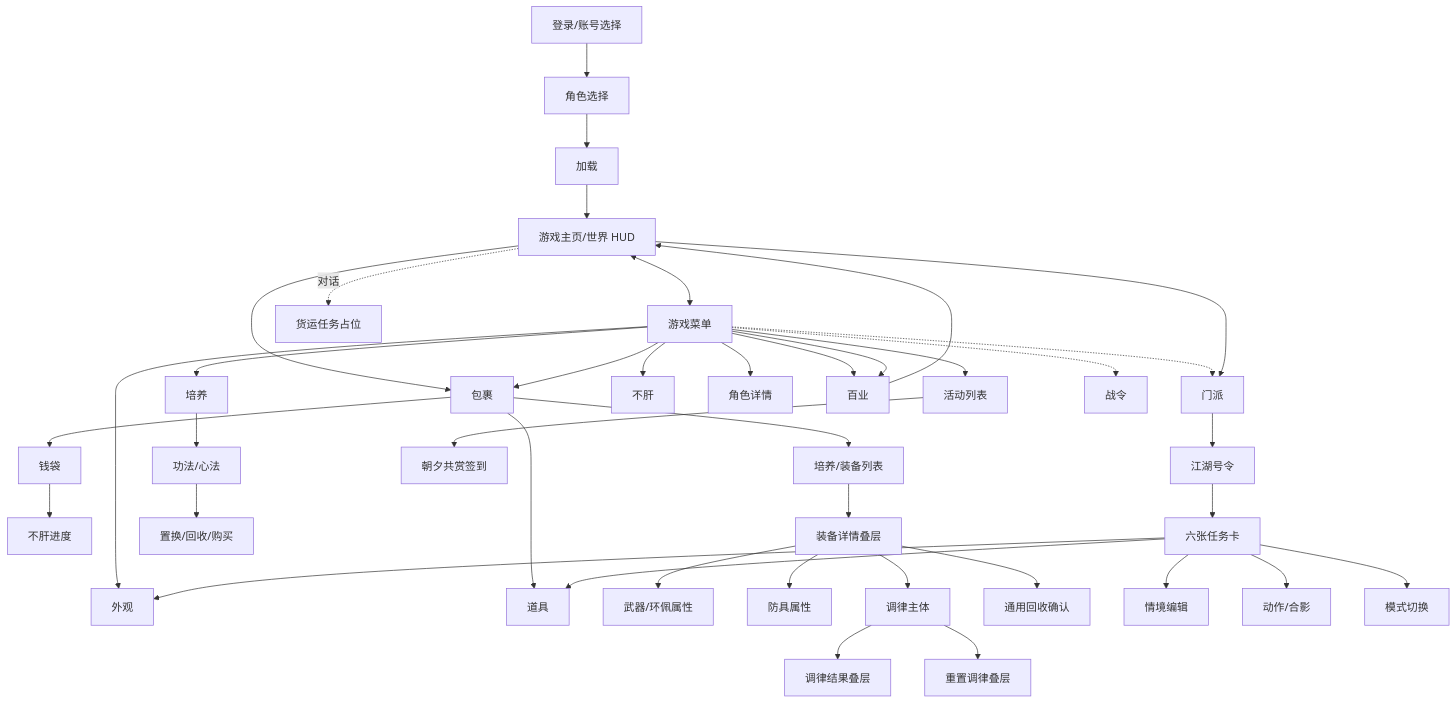
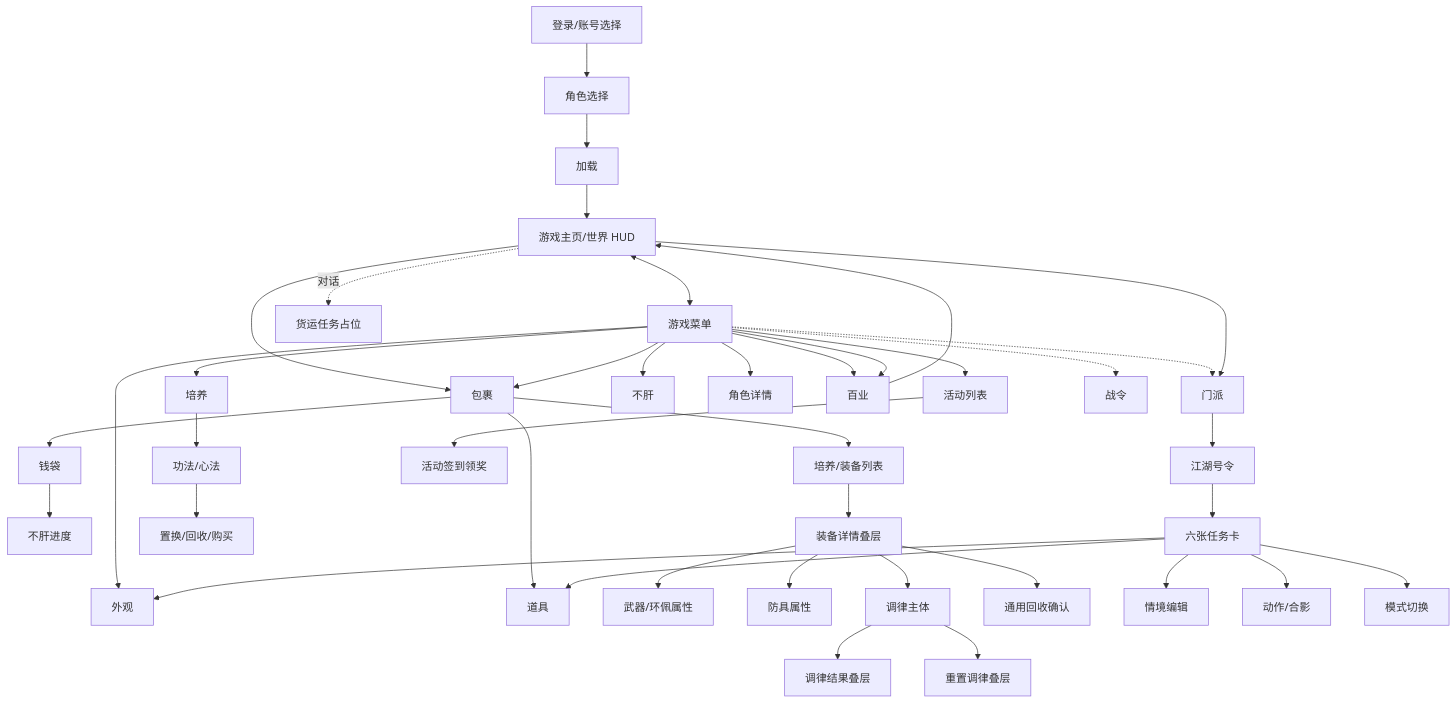
The first of 2 diagrams in docs/10-game/05-ui-pages-and-relations.md (wanda1416/lvjiang), drawn with Mermaid before and after one commit. The commit also changed other lines of this file and 6 other files, not shown here.

````diff
--- a/docs/10-game/05-ui-pages-and-relations.md
+++ b/docs/10-game/05-ui-pages-and-relations.md
@@ -107,48 +107,48 @@
 ```mermaid
 flowchart TD
     Login[登录/账号选择] --> Roles[角色选择]
     Roles --> Loading[加载]
     Loading --> Main[游戏主页/世界 HUD]
 
     Main <--> Menu[游戏菜单]
     Main --> Bag[包裹]
     Menu --> Bag
     Menu --> Training[培养]
     Menu --> Activity[活动列表]
     Menu --> Appearance[外观]
     Menu --> Bugan[不肝]
     Menu --> Role[角色详情]
     Menu --> Baiye[百业]
     Menu -.-> School[门派]
     Menu -.-> BattlePass[战令]
 
     Bag --> EquipBag[培养/装备列表]
     Bag --> ItemBag[道具]
     Bag --> Wallet[钱袋]
     Wallet --> BuganProgress[不肝进度]
 
     EquipBag --> EquipOverlay[装备详情叠层]
     EquipOverlay --> WeaponData[武器/环佩属性]
     EquipOverlay --> ArmorData[防具属性]
     EquipOverlay --> Tune[调律主体]
     Tune --> TuneResult[调律结果叠层]
     Tune --> Reset[重置调律叠层]
     EquipOverlay --> Recycle[通用回收确认]
 
     Training --> Xinfa[功法/心法]
     Xinfa --> XinfaSwap[置换/回收/购买]
 
-    Activity --> Checkin[朝夕共赏签到]
+    Activity --> Checkin[活动签到领奖]
     Main --> School
     School --> Haoling[江湖号令]
     Haoling --> Cards[六张任务卡]
     Cards --> Appearance
     Cards --> Qingjing[情境编辑]
     Cards --> Action[动作/合影]
     Cards --> ItemBag
     Cards --> Mode[模式切换]
 
     Menu --> Baiye
     Baiye --> Main
     Main -.对话.-> Freight[货运任务占位]
 ```
````
